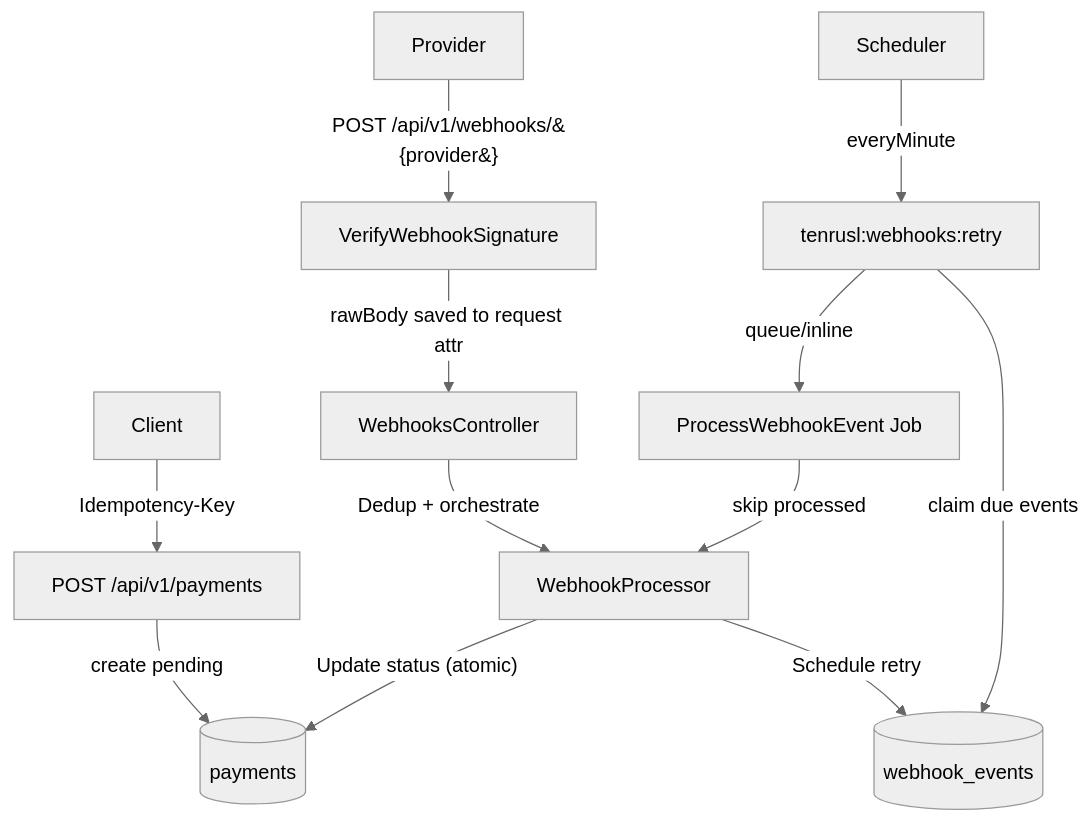
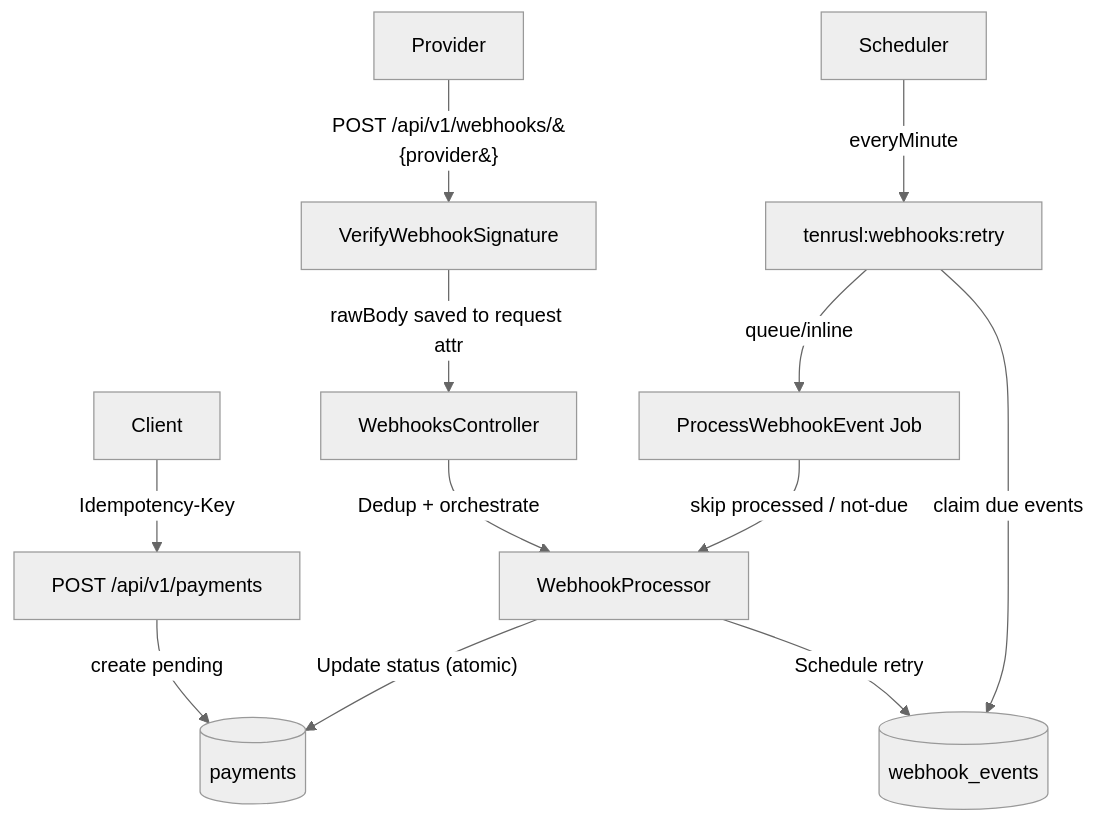
One commit to kakrusliandika/TenRusl-Payment-Webhook-sim changed the diagram in README.md. Above: the diagram before and after it, drawn with Mermaid (neutral theme). The commit also changed other lines of this file and 31 other files, not shown here.

````diff
--- a/README.md
+++ b/README.md
@@ -72,16 +81,16 @@
 ```mermaid
 flowchart TD
   A[Client] -->|"Idempotency-Key"| B["POST /api/v1/payments"]
   B -->|"create pending"| P[(payments)]
 
   W[Provider] -->|"POST /api/v1/webhooks/&#123;provider&#125;"| M[VerifyWebhookSignature]
   M -->|"rawBody saved to request attr"| C[WebhooksController]
   C -->|"Dedup + orchestrate"| R[WebhookProcessor]
   R -->|"Update status (atomic)"| P
   R -->|"Schedule retry"| E[(webhook_events)]
 
   S[Scheduler] -->|"everyMinute"| K["tenrusl:webhooks:retry"]
   K -->|"claim due events"| E
   K -->|"queue/inline"| J[ProcessWebhookEvent Job]
-  J -->|"skip processed"| R
+  J -->|"skip processed / not-due"| R
 ```
````
